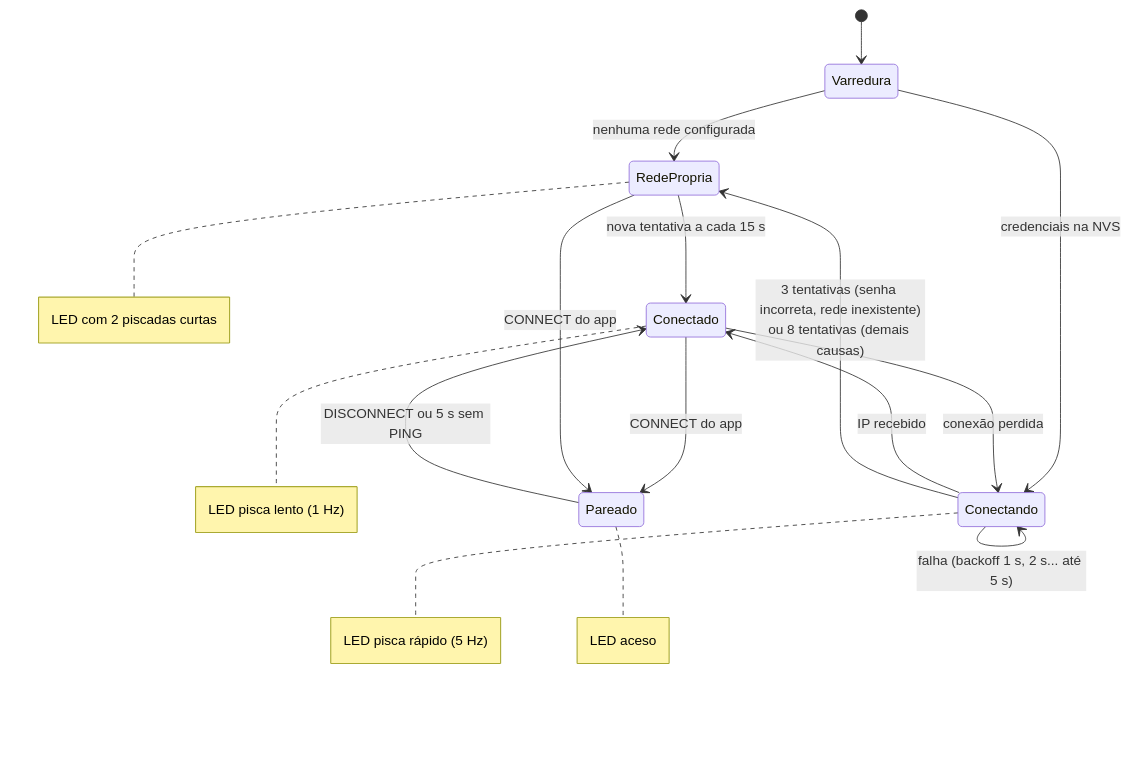
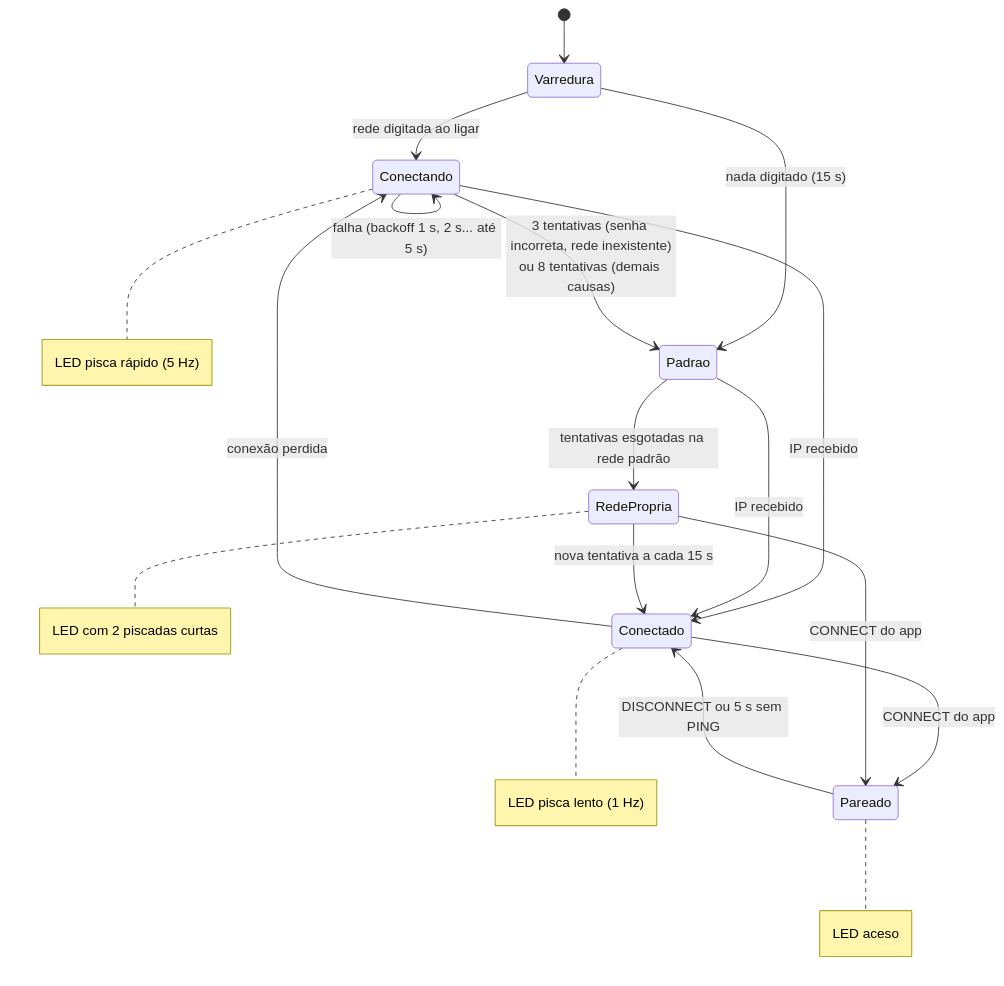
The eighth of 9 diagrams in README.md (noggyamamoto/firmware_I2S), drawn with Mermaid before and after one commit. The commit also changed other lines of this file and 1 other file, not shown here.

````diff
--- a/README.md
+++ b/README.md
@@ -564,19 +580,21 @@
 ```mermaid
 stateDiagram-v2
     [*] --> Varredura
-    Varredura --> RedePropria: nenhuma rede configurada
-    Varredura --> Conectando: credenciais na NVS
+    Varredura --> Conectando: rede digitada ao ligar
+    Varredura --> Padrao: nada digitado (15 s)
     Conectando --> Conectado: IP recebido
     Conectando --> Conectando: falha (backoff 1 s, 2 s... até 5 s)
-    Conectando --> RedePropria: 3 tentativas (senha incorreta, rede inexistente)<br/>ou 8 tentativas (demais causas)
+    Conectando --> Padrao: 3 tentativas (senha incorreta, rede inexistente)<br/>ou 8 tentativas (demais causas)
+    Padrao --> Conectado: IP recebido
+    Padrao --> RedePropria: tentativas esgotadas na rede padrão
     RedePropria --> Conectado: nova tentativa a cada 15 s
     Conectado --> Conectando: conexão perdida
     Conectado --> Pareado: CONNECT do app
     RedePropria --> Pareado: CONNECT do app
     Pareado --> Conectado: DISCONNECT ou 5 s sem PING
 
     note right of Conectando: LED pisca rápido (5 Hz)
     note right of RedePropria: LED com 2 piscadas curtas
     note right of Conectado: LED pisca lento (1 Hz)
     note right of Pareado: LED aceso
 ```
````
